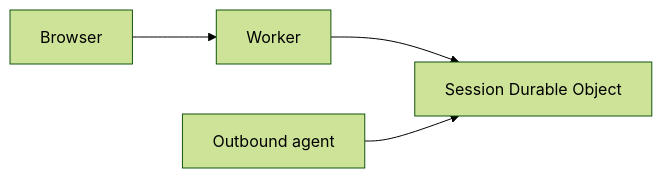
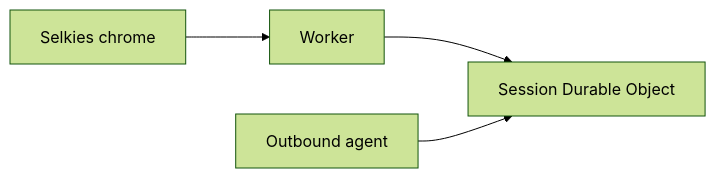
The first of 3 diagrams in docs/architecture.md (Joleeconsultants/Jolee-Remote), drawn with Mermaid (forest theme) before and after one commit. The commit also changed other lines of this file and 3 other files, not shown here.

````diff
--- a/docs/architecture.md
+++ b/docs/architecture.md
@@ -5,6 +5,6 @@
 ```mermaid
 flowchart LR
-  Browser[Browser] --> Worker[Worker]
+  Browser[Selkies chrome] --> Worker[Worker]
   Worker --> DO[Session Durable Object]
   Agent[Outbound agent] --> DO
 ```
````
